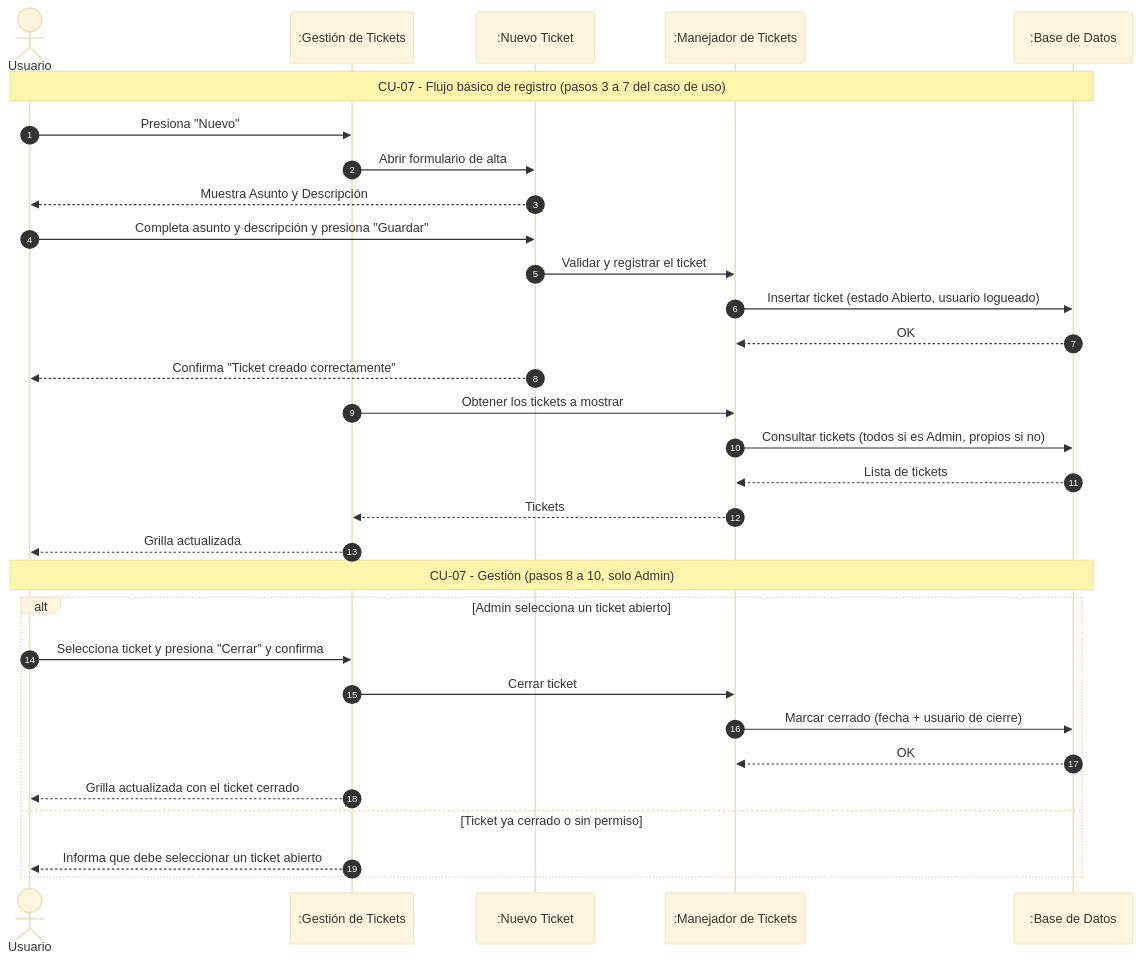
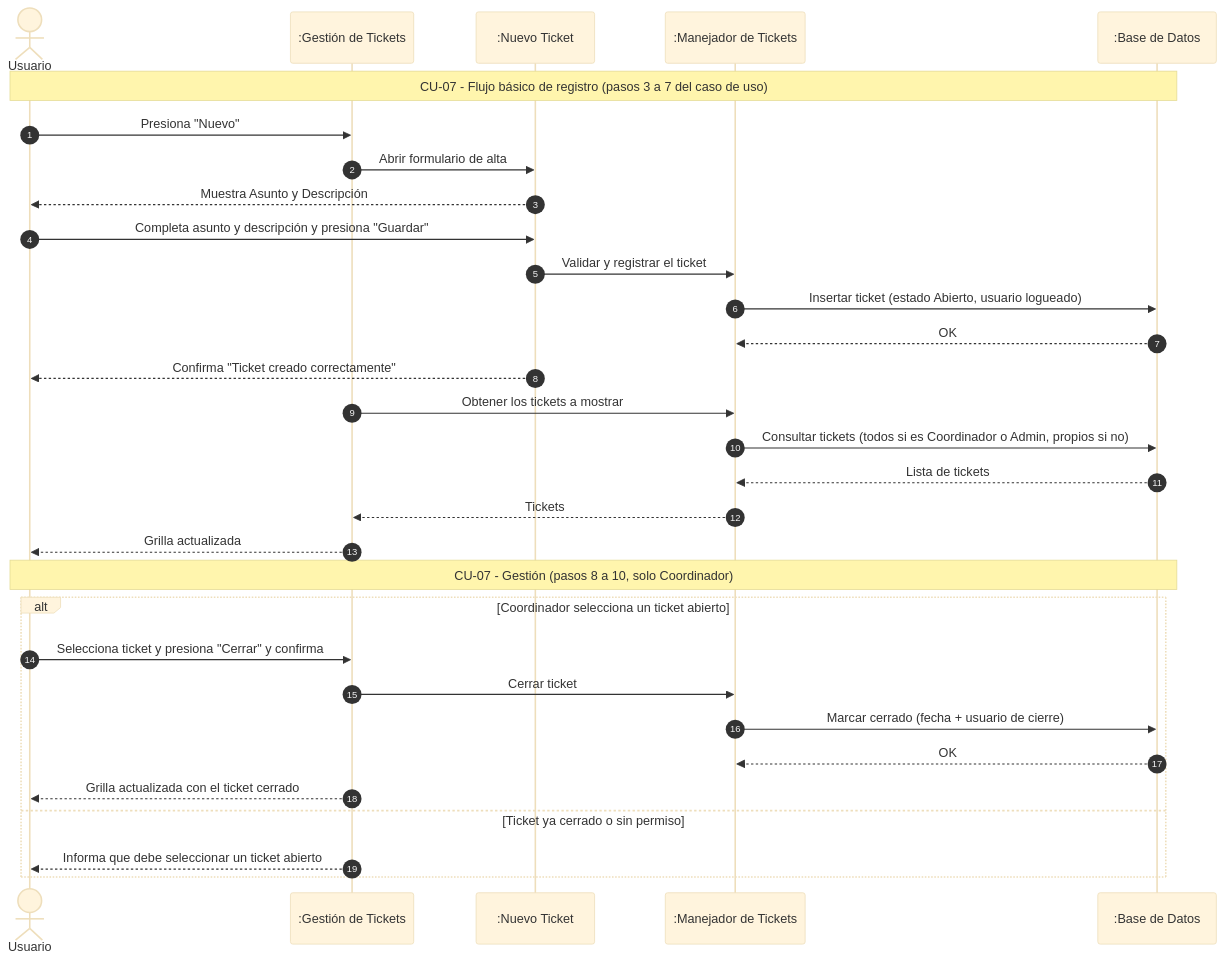
Before and after one commit to DarioZubaray/Proyecto-Final: the diagram in docs/mermaid-live/4.6.8.secuencia-tickets.mmd, drawn with Mermaid (base theme). The commit also changed 11 other files, not shown here.

Commit message:
docs(CU-07): actores - crean Coordinador/Profesor, cierra solo Coordinador; PNGs regenerados

```diff
--- a/docs/mermaid-live/4.6.8.secuencia-tickets.mmd
+++ b/docs/mermaid-live/4.6.8.secuencia-tickets.mmd
@@ -1,33 +1,33 @@
 sequenceDiagram
     autonumber
     actor Usuario
     participant GT as :Gestión de Tickets
     participant NT as :Nuevo Ticket
     participant MT as :Manejador de Tickets
     participant BD as :Base de Datos
 
     Note over Usuario,BD: CU-07 - Flujo básico de registro (pasos 3 a 7 del caso de uso)
     Usuario->>GT: Presiona "Nuevo"
     GT->>NT: Abrir formulario de alta
     NT-->>Usuario: Muestra Asunto y Descripción
     Usuario->>NT: Completa asunto y descripción y presiona "Guardar"
     NT->>MT: Validar y registrar el ticket
     MT->>BD: Insertar ticket (estado Abierto, usuario logueado)
     BD-->>MT: OK
     NT-->>Usuario: Confirma "Ticket creado correctamente"
     GT->>MT: Obtener los tickets a mostrar
-    MT->>BD: Consultar tickets (todos si es Admin, propios si no)
+    MT->>BD: Consultar tickets (todos si es Coordinador o Admin, propios si no)
     BD-->>MT: Lista de tickets
     MT-->>GT: Tickets
     GT-->>Usuario: Grilla actualizada
 
-    Note over Usuario,BD: CU-07 - Gestión (pasos 8 a 10, solo Admin)
-    alt Admin selecciona un ticket abierto
+    Note over Usuario,BD: CU-07 - Gestión (pasos 8 a 10, solo Coordinador)
+    alt Coordinador selecciona un ticket abierto
         Usuario->>GT: Selecciona ticket y presiona "Cerrar" y confirma
         GT->>MT: Cerrar ticket
         MT->>BD: Marcar cerrado (fecha + usuario de cierre)
         BD-->>MT: OK
         GT-->>Usuario: Grilla actualizada con el ticket cerrado
     else Ticket ya cerrado o sin permiso
         GT-->>Usuario: Informa que debe seleccionar un ticket abierto
     end
```
